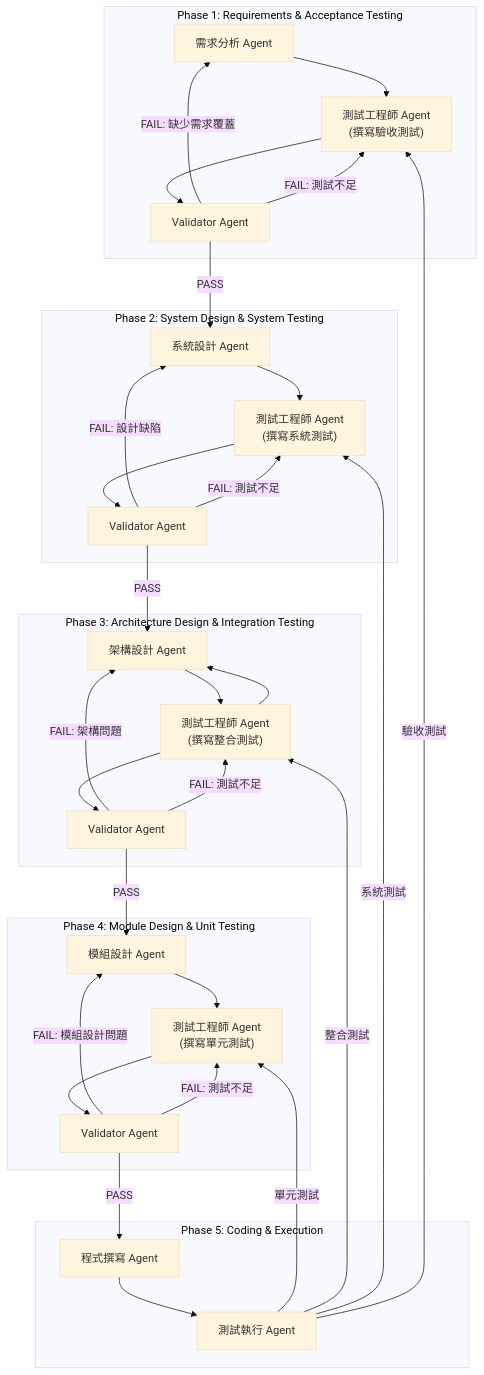
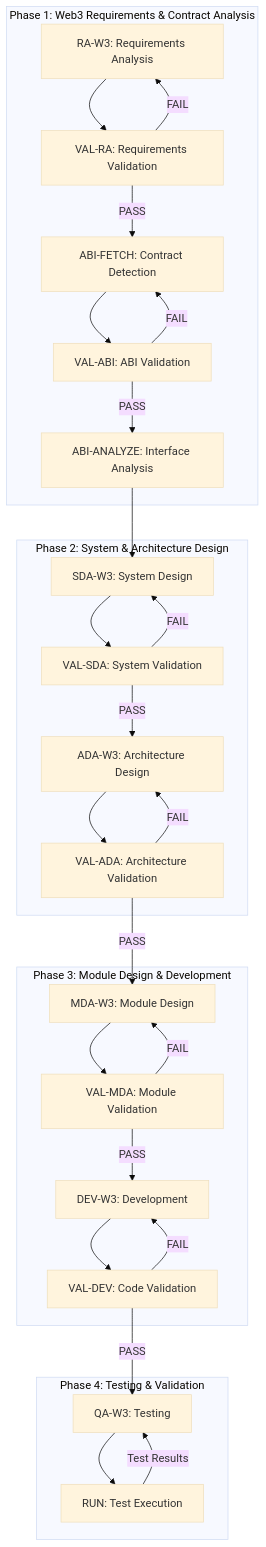
One commit to awkns-projects/rom-ai changed the sixth of 7 diagrams in designDoc/Web3SpecificFlow.md. Above: the diagram before and after it, drawn with Mermaid (base theme). The commit also changed other lines of this file, not shown here.

Commit message:
draft for web3 specified design - 2

````diff
--- a/designDoc/Web3SpecificFlow.md
+++ b/designDoc/Web3SpecificFlow.md
@@ -122,64 +508,58 @@
 ```mermaid
 flowchart TD
-    %% Agents
-    subgraph PHASE_1["Phase 1: Requirements & Acceptance Testing"]
-        RA[需求分析 Agent]
-        QA1["測試工程師 Agent<br/>(撰寫驗收測試)"]
-        VA1[Validator Agent]
+    subgraph PHASE_1["Phase 1: Web3 Requirements & Contract Analysis"]
+        RA[RA-W3: Requirements Analysis]
+        ABI_FETCH[ABI-FETCH: Contract Detection]
+        ABI_ANALYZE[ABI-ANALYZE: Interface Analysis]
+        VAL_RA[VAL-RA: Requirements Validation]
+        VAL_ABI[VAL-ABI: ABI Validation]
     end
 
-    subgraph PHASE_2["Phase 2: System Design & System Testing"]
-        SDA[系統設計 Agent]
-        QA2["測試工程師 Agent<br/>(撰寫系統測試)"]
-        VA2[Validator Agent]
+    subgraph PHASE_2["Phase 2: System & Architecture Design"]
+        SDA[SDA-W3: System Design]
+        ADA[ADA-W3: Architecture Design]
+        VAL_SDA[VAL-SDA: System Validation]
+        VAL_ADA[VAL-ADA: Architecture Validation]
     end
 
-    subgraph PHASE_3["Phase 3: Architecture Design & Integration Testing"]
-        ADA[架構設計 Agent]
-        QA3["測試工程師 Agent<br/>(撰寫整合測試)"]
-        VA3[Validator Agent]
+    subgraph PHASE_3["Phase 3: Module Design & Development"]
+        MDA[MDA-W3: Module Design]
+        DEV[DEV-W3: Development]
+        VAL_MDA[VAL-MDA: Module Validation]
+        VAL_DEV[VAL-DEV: Code Validation]
     end
 
-    subgraph PHASE_4["Phase 4: Module Design & Unit Testing"]
-        MDA[模組設計 Agent]
-        QA4["測試工程師 Agent<br/>(撰寫單元測試)"]
-        VA4[Validator Agent]
+    subgraph PHASE_4["Phase 4: Testing & Validation"]
+        QA[QA-W3: Testing]
+        RUN[RUN: Test Execution]
     end
 
-    subgraph PHASE_5["Phase 5: Coding & Execution"]
-        DEV[程式撰寫 Agent]
-        RUN[測試執行 Agent]
-    end
+    %% Phase 1 Flow
+    RA --> VAL_RA
+    VAL_RA -->|PASS| ABI_FETCH
+    VAL_RA -->|FAIL| RA
+    ABI_FETCH --> VAL_ABI
+    VAL_ABI -->|PASS| ABI_ANALYZE
+    VAL_ABI -->|FAIL| ABI_FETCH
 
-    %% Flows for PHASE 1
-    RA --> QA1 --> VA1
-    VA1 -- PASS --> SDA
-    VA1 -- FAIL: 缺少需求覆蓋 --> RA
-    VA1 -- FAIL: 測試不足 --> QA1
+    %% Phase 2 Flow
+    ABI_ANALYZE --> SDA
+    SDA --> VAL_SDA
+    VAL_SDA -->|PASS| ADA
+    VAL_SDA -->|FAIL| SDA
+    ADA --> VAL_ADA
+    VAL_ADA -->|PASS| MDA
+    VAL_ADA -->|FAIL| ADA
 
-    %% Flows for PHASE 2
-    SDA --> QA2 --> VA2
-    VA2 -- PASS --> ADA
-    VA2 -- FAIL: 設計缺陷 --> SDA
-    VA2 -- FAIL: 測試不足 --> QA2
+    %% Phase 3 Flow
+    MDA --> VAL_MDA
+    VAL_MDA -->|PASS| DEV
+    VAL_MDA -->|FAIL| MDA
+    DEV --> VAL_DEV
+    VAL_DEV -->|PASS| QA
+    VAL_DEV -->|FAIL| DEV
 
-    %% Flows for PHASE 3
-    ADA --> QA3 --> VA3
-    QA3 --> ADA
-    VA3 -- PASS --> MDA
-    VA3 -- FAIL: 架構問題 --> ADA
-    VA3 -- FAIL: 測試不足 --> QA3
-
-    %% Flows for PHASE 4
-    MDA --> QA4 --> VA4
-    VA4 -- PASS --> DEV
-    VA4 -- FAIL: 模組設計問題 --> MDA
-    VA4 -- FAIL: 測試不足 --> QA4
-
-    %% Flows for PHASE 5
-    DEV --> RUN
-    RUN -->|單元測試| QA4
-    RUN -->|整合測試| QA3
-    RUN -->|系統測試| QA2
-    RUN -->|驗收測試| QA1
+    %% Phase 4 Flow
+    QA --> RUN
+    RUN -->|Test Results| QA
 ```
````
